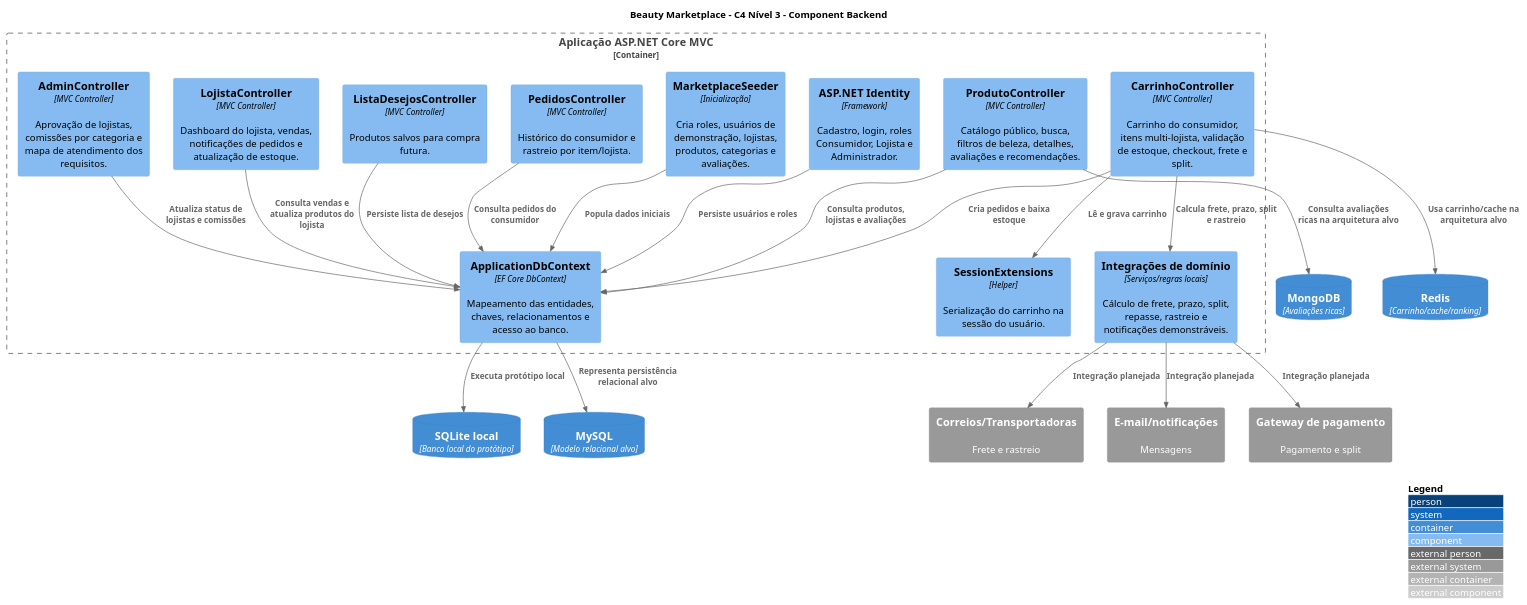
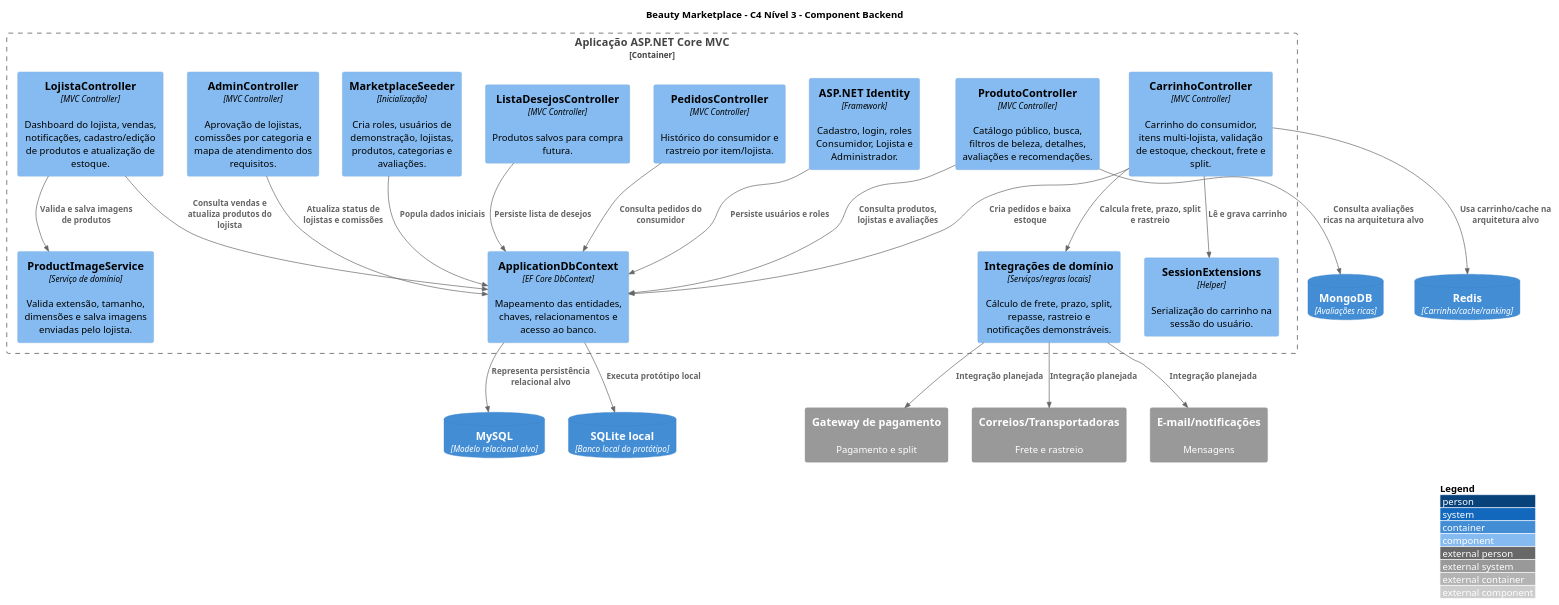
The diagram in docs/Entrega 3/diagramas/c3-component-backend.puml (EduardoSilvaNegreiros/TrabalhoFaculdade5Semestre2026), drawn with PlantUML before and after one commit. The commit also changed 153 other files, not shown here.

```diff
--- a/docs/Entrega 3/diagramas/c3-component-backend.puml
+++ b/docs/Entrega 3/diagramas/c3-component-backend.puml
@@ -1,48 +1,50 @@
 @startuml C3_Component_Backend_Beauty_Marketplace
 !include https://raw.githubusercontent.com/plantuml-stdlib/C4-PlantUML/master/C4_Component.puml
 
 LAYOUT_WITH_LEGEND()
 title Beauty Marketplace - C4 Nível 3 - Component Backend
 
 Container_Boundary(app, "Aplicação ASP.NET Core MVC") {
     Component(produtoController, "ProdutoController", "MVC Controller", "Catálogo público, busca, filtros de beleza, detalhes, avaliações e recomendações.")
     Component(carrinhoController, "CarrinhoController", "MVC Controller", "Carrinho do consumidor, itens multi-lojista, validação de estoque, checkout, frete e split.")
     Component(pedidosController, "PedidosController", "MVC Controller", "Histórico do consumidor e rastreio por item/lojista.")
     Component(listaController, "ListaDesejosController", "MVC Controller", "Produtos salvos para compra futura.")
-    Component(lojistaController, "LojistaController", "MVC Controller", "Dashboard do lojista, vendas, notificações de pedidos e atualização de estoque.")
+    Component(lojistaController, "LojistaController", "MVC Controller", "Dashboard do lojista, vendas, notificações, cadastro/edição de produtos e atualização de estoque.")
+    Component(productImageService, "ProductImageService", "Serviço de domínio", "Valida extensão, tamanho, dimensões e salva imagens enviadas pelo lojista.")
     Component(adminController, "AdminController", "MVC Controller", "Aprovação de lojistas, comissões por categoria e mapa de atendimento dos requisitos.")
     Component(identity, "ASP.NET Identity", "Framework", "Cadastro, login, roles Consumidor, Lojista e Administrador.")
     Component(dbcontext, "ApplicationDbContext", "EF Core DbContext", "Mapeamento das entidades, chaves, relacionamentos e acesso ao banco.")
     Component(session, "SessionExtensions", "Helper", "Serialização do carrinho na sessão do usuário.")
     Component(seed, "MarketplaceSeeder", "Inicialização", "Cria roles, usuários de demonstração, lojistas, produtos, categorias e avaliações.")
     Component(integracoes, "Integrações de domínio", "Serviços/regras locais", "Cálculo de frete, prazo, split, repasse, rastreio e notificações demonstráveis.")
 }
 
 ContainerDb(sqlite, "SQLite local", "Banco local do protótipo")
 ContainerDb(mysql, "MySQL", "Modelo relacional alvo")
 ContainerDb(mongo, "MongoDB", "Avaliações ricas")
 ContainerDb(redis, "Redis", "Carrinho/cache/ranking")
 System_Ext(pgto, "Gateway de pagamento", "Pagamento e split")
 System_Ext(frete, "Correios/Transportadoras", "Frete e rastreio")
 System_Ext(notif, "E-mail/notificações", "Mensagens")
 
 Rel(produtoController, dbcontext, "Consulta produtos, lojistas e avaliações")
 Rel(carrinhoController, session, "Lê e grava carrinho")
 Rel(carrinhoController, dbcontext, "Cria pedidos e baixa estoque")
 Rel(carrinhoController, integracoes, "Calcula frete, prazo, split e rastreio")
 Rel(pedidosController, dbcontext, "Consulta pedidos do consumidor")
 Rel(listaController, dbcontext, "Persiste lista de desejos")
 Rel(lojistaController, dbcontext, "Consulta vendas e atualiza produtos do lojista")
+Rel(lojistaController, productImageService, "Valida e salva imagens de produtos")
 Rel(adminController, dbcontext, "Atualiza status de lojistas e comissões")
 Rel(identity, dbcontext, "Persiste usuários e roles")
 Rel(seed, dbcontext, "Popula dados iniciais")
 
 Rel(dbcontext, sqlite, "Executa protótipo local")
 Rel(dbcontext, mysql, "Representa persistência relacional alvo")
 Rel(integracoes, pgto, "Integração planejada")
 Rel(integracoes, frete, "Integração planejada")
 Rel(integracoes, notif, "Integração planejada")
 Rel(produtoController, mongo, "Consulta avaliações ricas na arquitetura alvo")
 Rel(carrinhoController, redis, "Usa carrinho/cache na arquitetura alvo")
 
 @enduml
```
